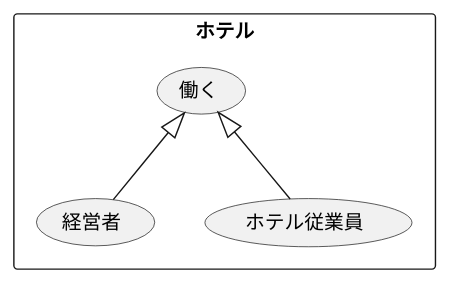
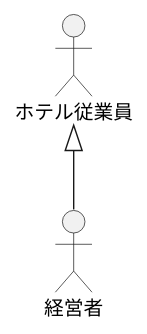
The diagram in 演習2-2_ホテル従業員.pu (Nakmura0121/uml-introduction), drawn with PlantUML before and after one commit. The commit also changed 4 other files, not shown here.

```diff
--- a/演習2-2_ホテル従業員.pu
+++ b/演習2-2_ホテル従業員.pu
@@ -1,9 +1,6 @@
 @startuml ユースケース図
-rectangle ホテル {
-usecase 働く
-usecase 経営者
-usecase ホテル従業員
-}
-働く <|-- 経営者
-働く <|-- ホテル従業員
+actor 経営者
+actor ホテル従業員
+
+ホテル従業員 <|-- 経営者
 @enduml
```
